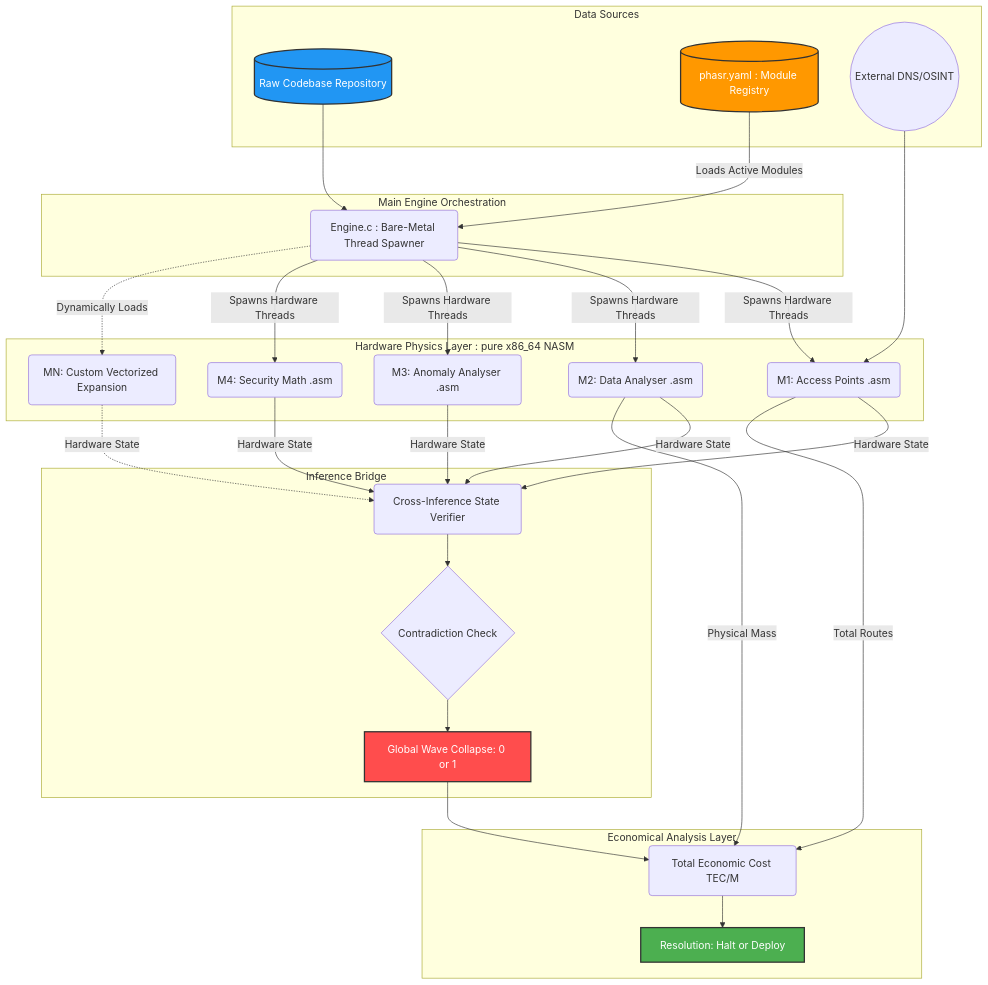
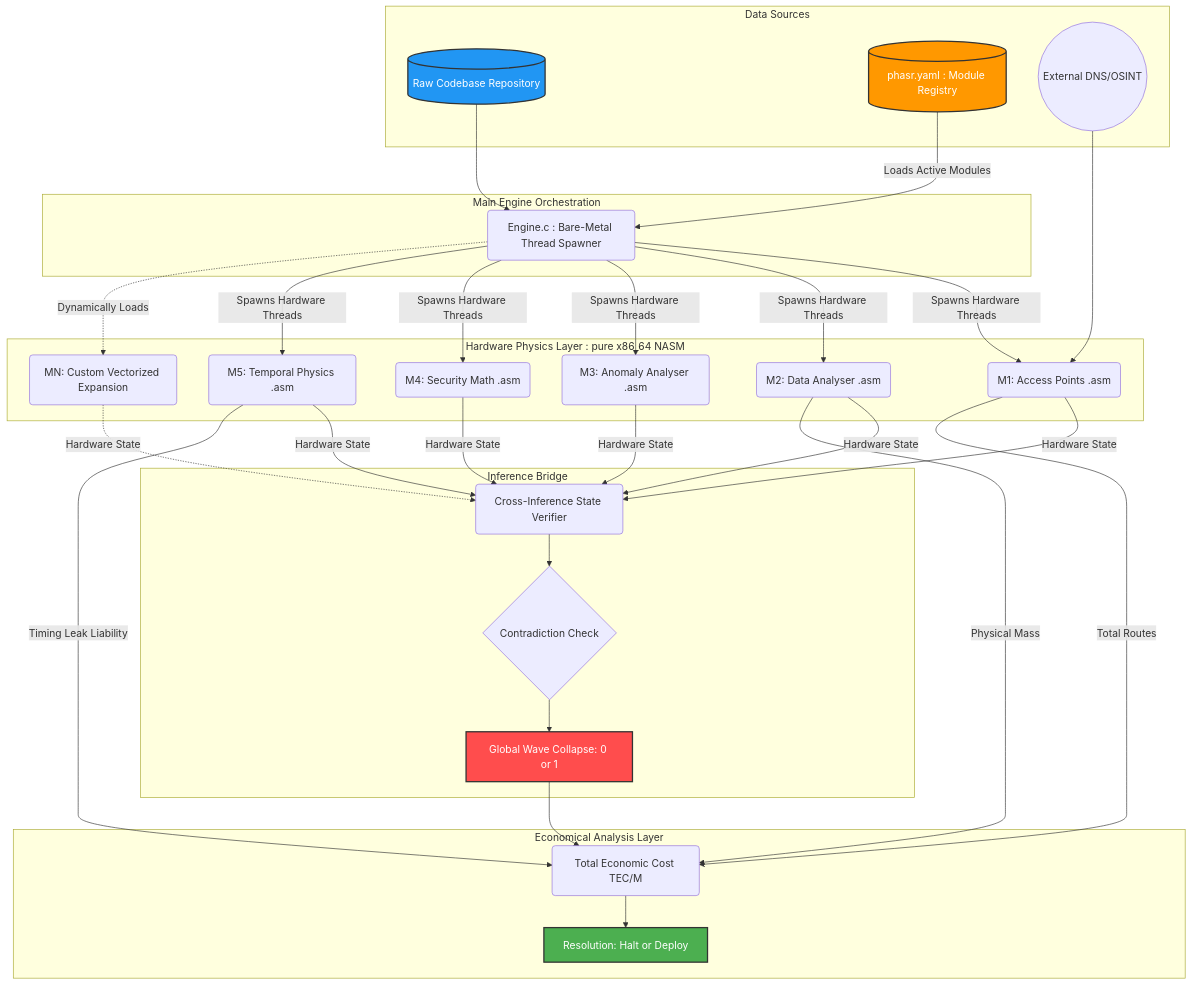
The diagram in Documents/DataFlow_Architecture.md (Zeo120/ZTL-Tech), drawn with Mermaid before and after one commit. The commit also changed other lines of this file and 3 other files, not shown here.

Commit message:
feat(phasr-model): construct Module 5 Temporal Physics and integrate via dynamic registry

````diff
--- a/Documents/DataFlow_Architecture.md
+++ b/Documents/DataFlow_Architecture.md
@@ -7,69 +7,73 @@
 ```mermaid
 graph TD
     %% Define Data Inputs
     subgraph Data_Ingestion [Data Sources]
         Codebase[(Raw Codebase Repository)]
         Manifest[(phasr.yaml : Module Registry)]
         Internet((External DNS/OSINT))
     end
 
     %% Dynamic Main Engine
     subgraph Core [Main Engine Orchestration]
         Engine(Engine.c : Bare-Metal Thread Spawner)
     end
 
     Manifest -->|Loads Active Modules| Engine
     Codebase --> Engine
 
     %% Dynamic Assembly Execution Layer
     subgraph Modules [Hardware Physics Layer : pure x86_64 NASM]
         M1(M1: Access Points .asm)
         M2(M2: Data Analyser .asm)
         M3(M3: Anomaly Analyser .asm)
         M4(M4: Security Math .asm)
+        M5(M5: Temporal Physics .asm)
         MN(MN: Custom Vectorized Expansion)
     end
 
     Engine -->|Spawns Hardware Threads| M1
     Engine -->|Spawns Hardware Threads| M2
     Engine -->|Spawns Hardware Threads| M3
     Engine -->|Spawns Hardware Threads| M4
+    Engine -->|Spawns Hardware Threads| M5
     Engine -.->|Dynamically Loads| MN
     
     Internet --> M1
 
     %% Orchestration / Hardware Bridge
     subgraph Bridge [Inference Bridge]
         CrossVerify(Cross-Inference State Verifier)
         ParanoiaCheck{Contradiction Check}
         WaveCollapse[Global Wave Collapse: 0 or 1]
     end
 
     M1 -->|Hardware State| CrossVerify
     M2 -->|Hardware State| CrossVerify
     M3 -->|Hardware State| CrossVerify
     M4 -->|Hardware State| CrossVerify
+    M5 -->|Hardware State| CrossVerify
     MN -.->|Hardware State| CrossVerify
 
     CrossVerify --> ParanoiaCheck
     ParanoiaCheck --> WaveCollapse
 
     %% Business Logic / OCaml
     subgraph Econ [Economical Analysis Layer]
         TEC(Total Economic Cost TEC/M)
         DeployStatus[Resolution: Halt or Deploy]
     end
 
     %% Final Economic Routing
     WaveCollapse --> TEC
     M2 -->|Physical Mass| TEC
     M1 -->|Total Routes| TEC
+    M5 -->|Timing Leak Liability| TEC
     
     TEC --> DeployStatus
 
     %% Styling
     style WaveCollapse fill:#ff4d4d,stroke:#333,stroke-width:2px,color:#fff
     style DeployStatus fill:#4CAF50,stroke:#333,stroke-width:2px,color:#fff
     style Codebase fill:#2196F3,stroke:#333,stroke-width:2px,color:#fff
     style Manifest fill:#FF9800,stroke:#333,stroke-width:2px,color:#fff
 ```
````
